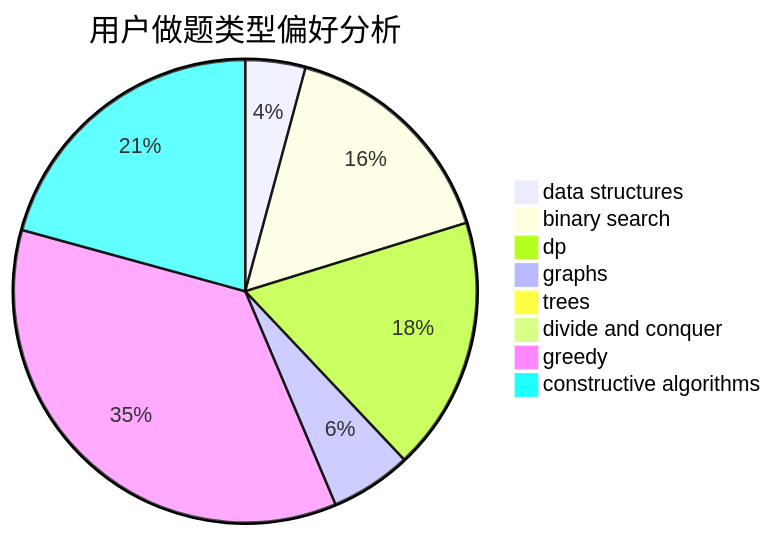
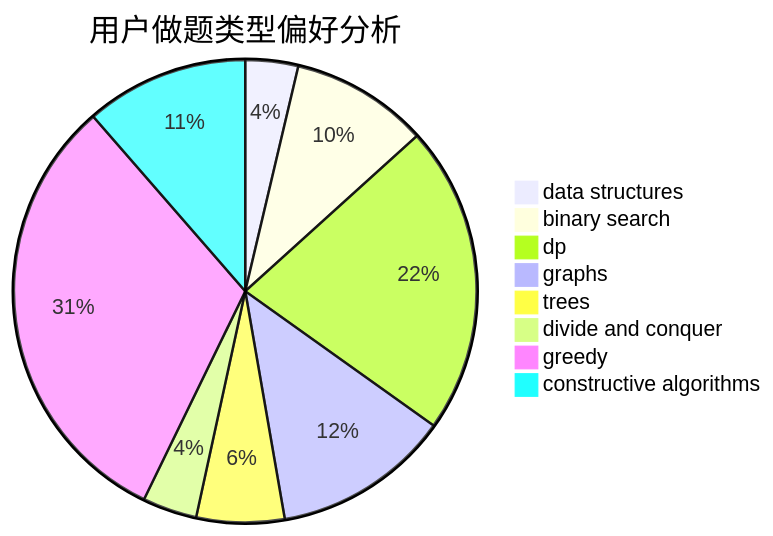
Before and after one commit to sherpahu/cfrs.github.io: the second of 3 diagrams in docs/user/u1487.md, drawn with Mermaid. The commit also changed other lines of this file and 2770 other files, not shown here.

````diff
--- a/docs/user/u1487.md
+++ b/docs/user/u1487.md
@@ -23,11 +23,11 @@
 ```mermaid
 pie title 用户做题类型偏好分析
-    "data structures" :  74
-    "binary search" :  283
-    "dp" :  313
-    "graphs" :  100
-    "trees" :  14
-    "divide and conquer" :  6
-    "greedy" :  629
-    "constructive algorithms" :  366
+    "data structures" :  33
+    "binary search" :  86
+    "dp" :  193
+    "graphs" :  111
+    "trees" :  55
+    "divide and conquer" :  34
+    "greedy" :  281
+    "constructive algorithms" :  102
 ```
````
